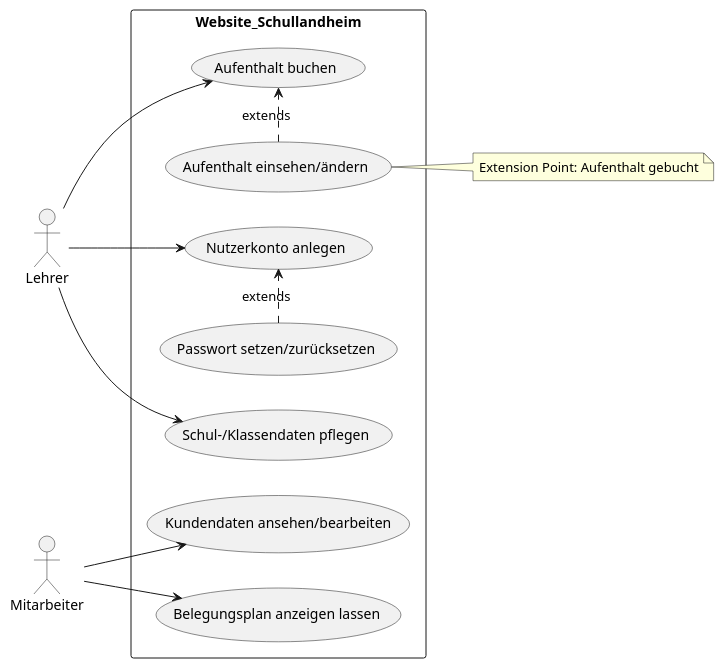
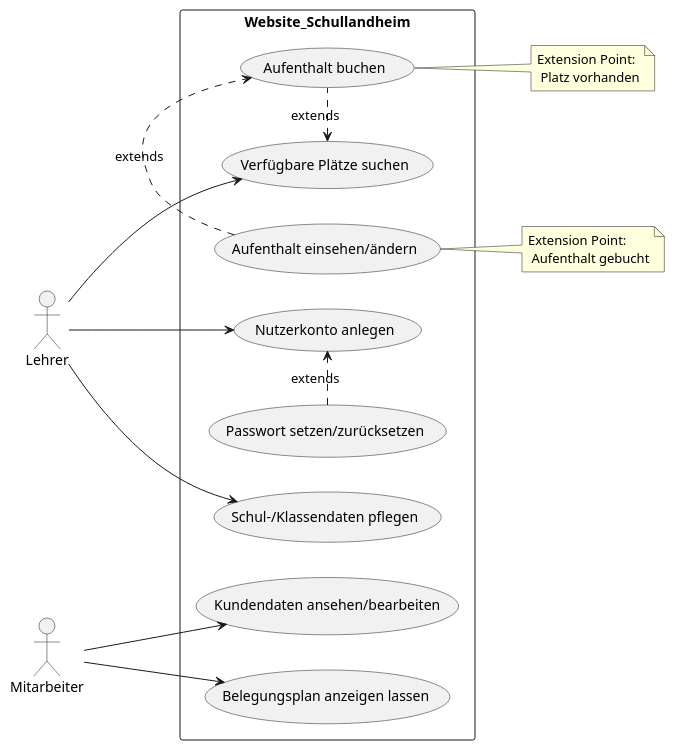
The diagram in uml/schullandheim.puml (pw-lehre/MW211-SS2024), drawn with PlantUML before and after one commit.

Commit message:
update diagram

```diff
--- a/uml/schullandheim.puml
+++ b/uml/schullandheim.puml
@@ -1,29 +1,36 @@
 @startuml Schullandheim
 left to right direction
 actor "Lehrer" as fc
 actor "Mitarbeiter" as ma
 rectangle Website_Schullandheim {
+  usecase  "Verfügbare Plätze suchen" as UC_Platz
   usecase "Aufenthalt buchen" as UC1
   usecase "Aufenthalt einsehen/ändern" as UC_Auf_ans
   usecase "Nutzerkonto anlegen" as UC2
   usecase "Passwort setzen/zurücksetzen" as UC_PW
   usecase "Schul-/Klassendaten pflegen" as UC_Daten
   usecase "Kundendaten ansehen/bearbeiten" as UC_KUNDE
   usecase "Belegungsplan anzeigen lassen" as UC_BELEGPLAN
 
+  (UC_Platz) <. (UC1) : extends
   (UC_Auf_ans) .> (UC1) : extends
   (UC_PW) .> (UC2) : extends
 }
-fc --> UC1
+'fc --> UC1
 fc --> UC2
 fc --> UC_Daten
+fc --> UC_Platz
 'fc --> UC_PW
 'fc --> UC_Auf_ans
 
 
-note "Extension Point: Aufenthalt gebucht"  as N2 
+note "Extension Point:\n Aufenthalt gebucht"  as N2 
 (UC_Auf_ans) <<-- N2
+
+note "Extension Point:\n Platz vorhanden"  as N3 
+(UC1) <<-- N3
+
 
 ma --> UC_KUNDE
 ma --> UC_BELEGPLAN
 @enduml
```
